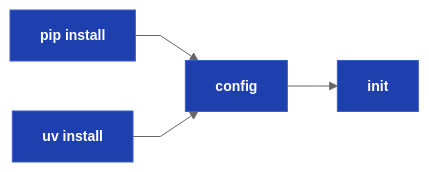
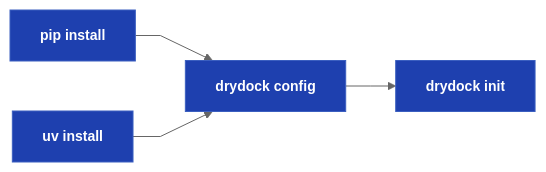
Before and after one commit to webcloudstudio/Drydock: the second of 5 diagrams in docs/Drydock_Specification.md, drawn with Mermaid. The commit also changed other lines of this file, not shown here.

Commit message:
Shorten the specification prose, config table, and command-flow examples

````diff
--- a/docs/Drydock_Specification.md
+++ b/docs/Drydock_Specification.md
@@ -154,14 +158,14 @@
 ```mermaid
 %%{init: {'theme': 'neutral', 'flowchart': {'curve': 'linear'}, 'themeVariables': {'fontSize': '14px'}}}%%
 flowchart LR
   classDef dir    fill:#0a5c38,stroke:#2cb67d,color:#fff,font-weight:bold
   classDef md     fill:#d4a017,stroke:#a07810,color:#111,font-weight:bold
   classDef script fill:#1e40af,stroke:#3b5fc0,color:#fff,font-weight:bold
   classDef prompt fill:#c2410c,stroke:#ea580c,color:#fff,font-weight:bold
   classDef output fill:#6d28d9,stroke:#8b5cf6,color:#fff,font-weight:bold
   classDef web    fill:#be123c,stroke:#fb7185,color:#fff,font-weight:bold
 
-  INSTALL["pip install"]:::script --> CONFIG["config"]:::script
+  INSTALL["pip install"]:::script --> CONFIG["drydock config"]:::script
   UVINSTAL["uv install"]:::script --> CONFIG
-  CONFIG --> INIT["init"]:::script
+  CONFIG --> INIT["drydock init"]:::script
 ```
````
